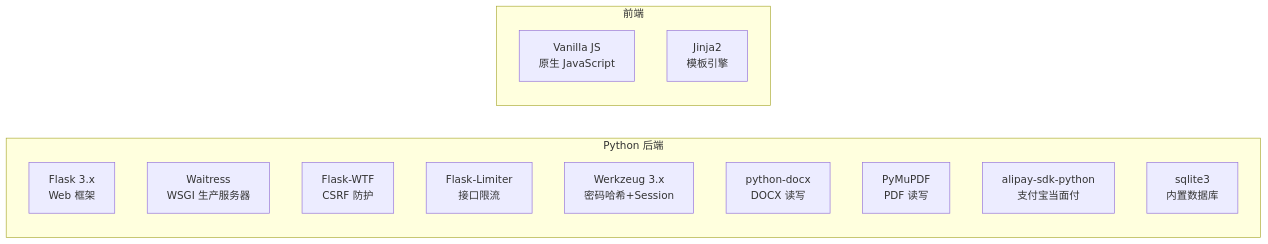
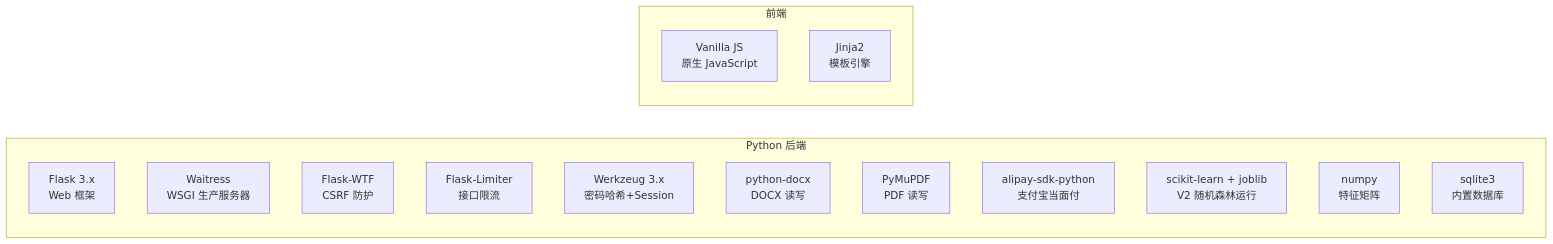
One commit to ipengai/aigc-humanizer-en changed the third of 12 diagrams in docs/技术方案.md. Above: the diagram before and after it, drawn with Mermaid. The commit also changed other lines of this file and 68 other files, not shown here.

````diff
--- a/docs/技术方案.md
+++ b/docs/技术方案.md
@@ -139,19 +146,21 @@
 ```mermaid
 flowchart LR
     subgraph Python["Python 后端"]
         Flask[Flask 3.x<br>Web 框架]
         Waitress[Waitress<br>WSGI 生产服务器]
         FlaskWTF[Flask-WTF<br>CSRF 防护]
         FlaskLimiter[Flask-Limiter<br>接口限流]
         Werkzeug[Werkzeug 3.x<br>密码哈希+Session]
         Docx[python-docx<br>DOCX 读写]
         PyMuPDF[PyMuPDF<br>PDF 读写]
         AlipaySDK[alipay-sdk-python<br>支付宝当面付]
+        Sklearn[scikit-learn + joblib<br>V2 随机森林运行]
+        Numpy[numpy<br>特征矩阵]
         SQLite[sqlite3<br>内置数据库]
     end
 
     subgraph JS["前端"]
         VanillaJS[Vanilla JS<br>原生 JavaScript]
         Jinja2[Jinja2<br>模板引擎]
     end
 ```
````
